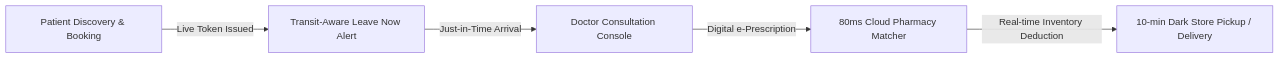
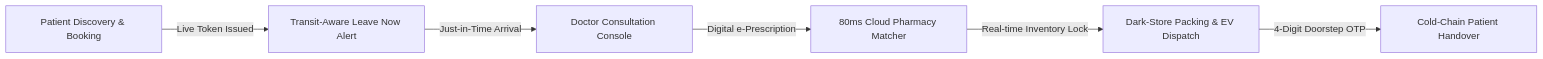
One commit to yashpatadiya1724-cmyk/OPD changed the first of 2 diagrams in README.md. Above: the diagram before and after it, drawn with Mermaid. The commit also changed other lines of this file and 12 other files, not shown here.

Commit message:
feat: add in-app vector navigation map, fix layout overflows, add location permission flow, and luxury launcher icons

````diff
--- a/README.md
+++ b/README.md
@@ -64,7 +83,8 @@
 ```mermaid
 flowchart LR
     A[Patient Discovery & Booking] -->|Live Token Issued| B[Transit-Aware Leave Now Alert]
     B -->|Just-in-Time Arrival| C[Doctor Consultation Console]
     C -->|Digital e-Prescription| D[80ms Cloud Pharmacy Matcher]
-    D -->|Real-time Inventory Deduction| E[10-min Dark Store Pickup / Delivery]
+    D -->|Real-time Inventory Lock| E[Dark-Store Packing & EV Dispatch]
+    E -->|4-Digit Doorstep OTP| F[Cold-Chain Patient Handover]
 ```
````
